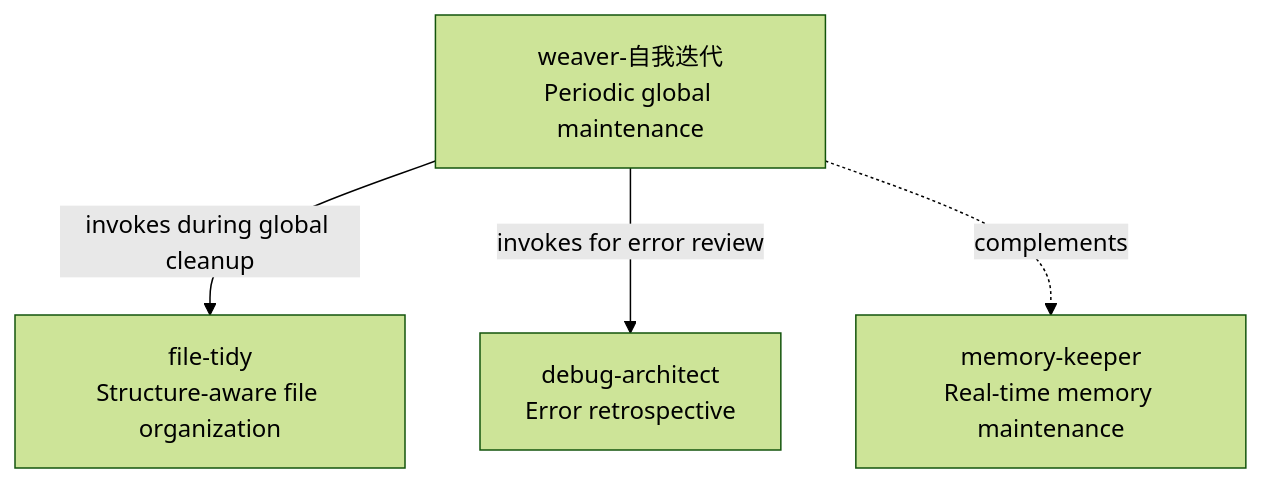
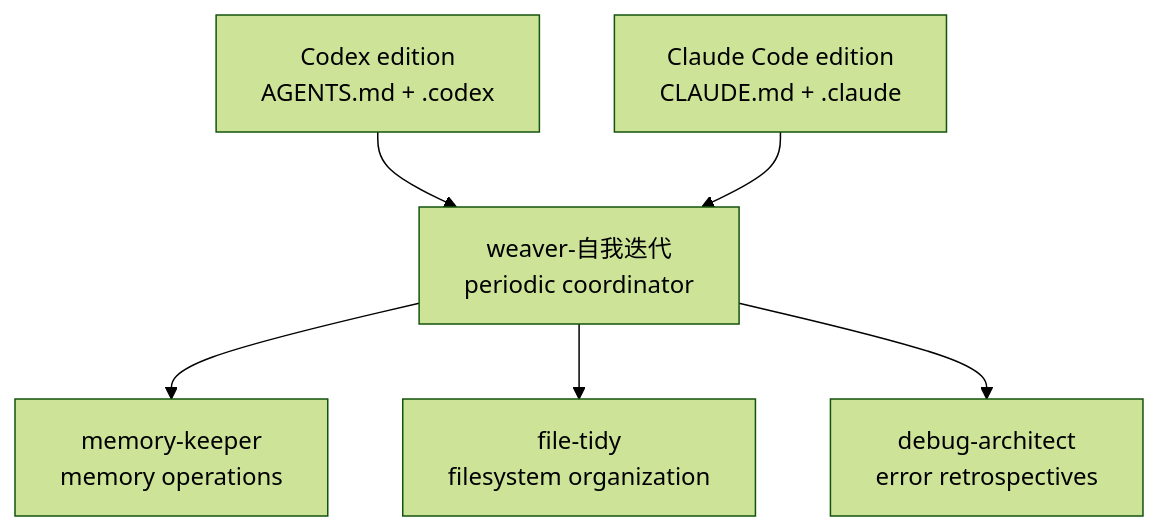
One commit to 2021291696/weaver-evolve changed the diagram in README.md. Above: the diagram before and after it, drawn with Mermaid (forest theme). The commit also changed other lines of this file and 11 other files, not shown here.

Commit message:
feat(skills): 新增 Codex 与 Claude Code 双平台支持

````diff
--- a/README.md
+++ b/README.md
@@ -45,11 +56,15 @@
 ```mermaid
-graph TD
-    W["weaver-自我迭代<br/>Periodic global maintenance"]
-    F["file-tidy<br/>Structure-aware file organization"]
-    D["debug-architect<br/>Error retrospective"]
-    M["memory-keeper<br/>Real-time memory maintenance"]
+flowchart TD
+    W["weaver-自我迭代<br/>periodic coordinator"]
+    M["memory-keeper<br/>memory operations"]
+    F["file-tidy<br/>filesystem organization"]
+    D["debug-architect<br/>error retrospectives"]
+    C["Codex edition<br/>AGENTS.md + .codex"]
+    H["Claude Code edition<br/>CLAUDE.md + .claude"]
 
-    W -->|invokes during global cleanup| F
-    W -->|invokes for error review| D
-    W -.->|complements| M
+    W --> M
+    W --> F
+    W --> D
+    C --> W
+    H --> W
 ```
````
